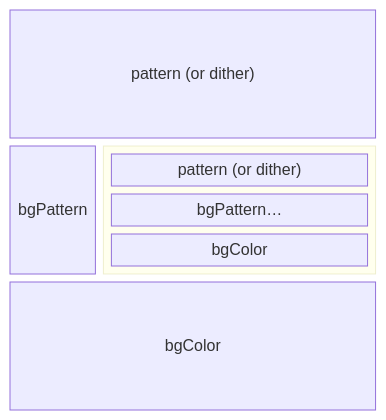
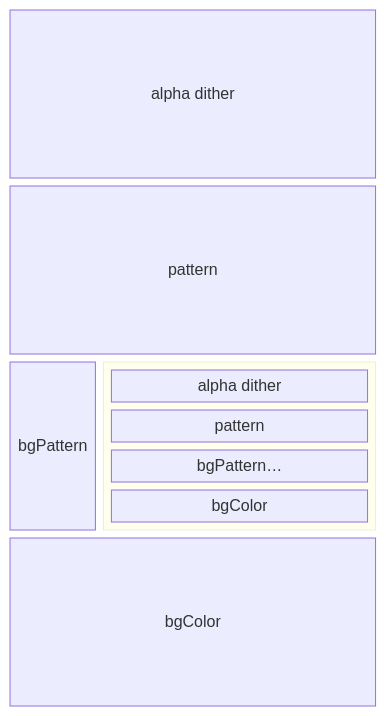
One commit to ebeneliason/easy-pattern changed the diagram in README.md. Above: the diagram before and after it, drawn with Mermaid. The commit also changed other lines of this file, not shown here.

````diff
--- a/README.md
+++ b/README.md
@@ -202,13 +160,15 @@
 ```mermaid
 block-beta
 columns 8
-  A["pattern (or dither)"]:8
+  M["alpha dither"]:8
+  A["pattern"]:8
   B["bgPattern"]:2
   block:bgPattern:6
     columns 1
-    X["pattern (or dither)"]
+    W["alpha dither"]
+    X["pattern"]
     Y["bgPattern…"]
     Z["bgColor"]
   end
   C["bgColor"]:8
 ```
````
